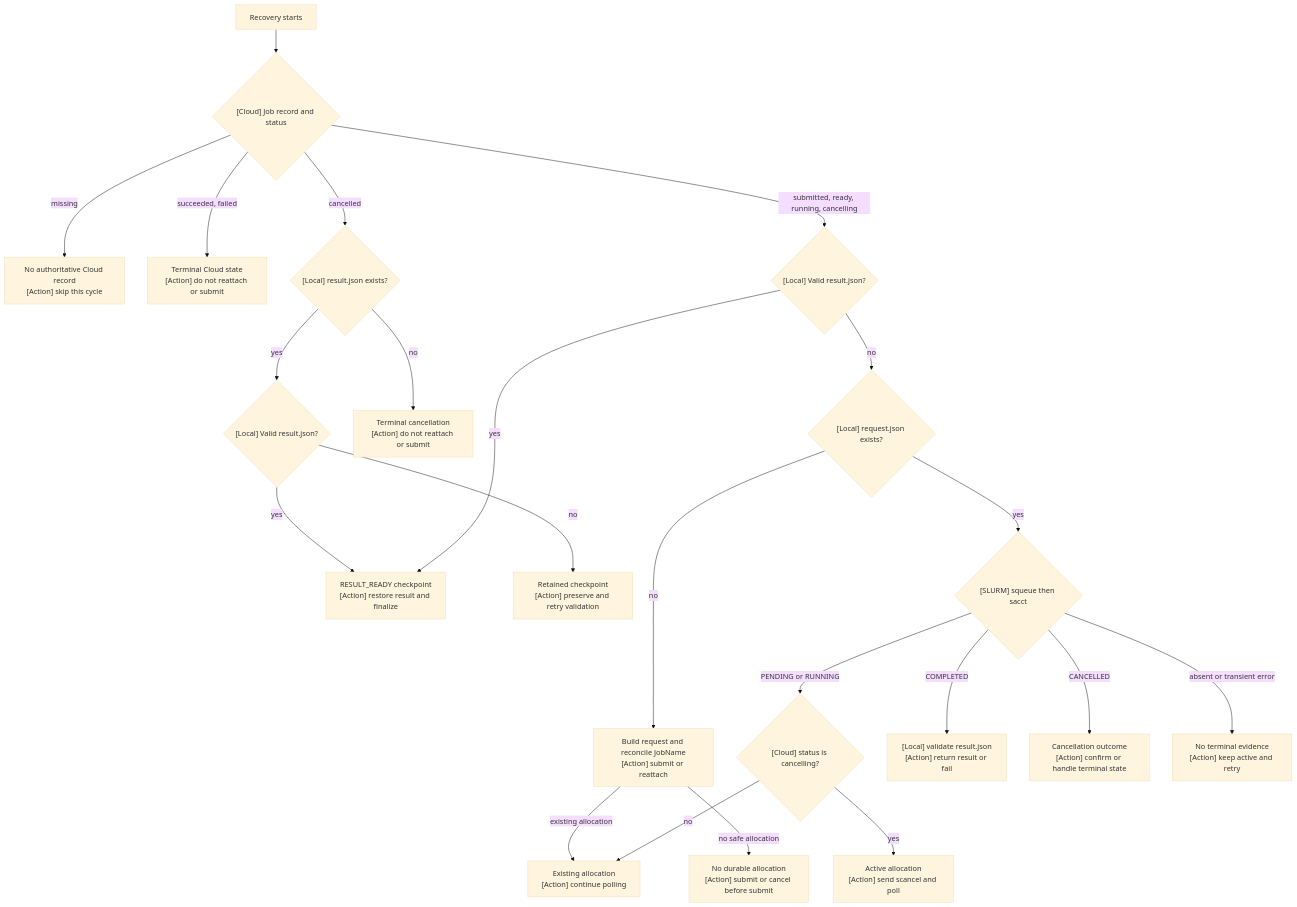
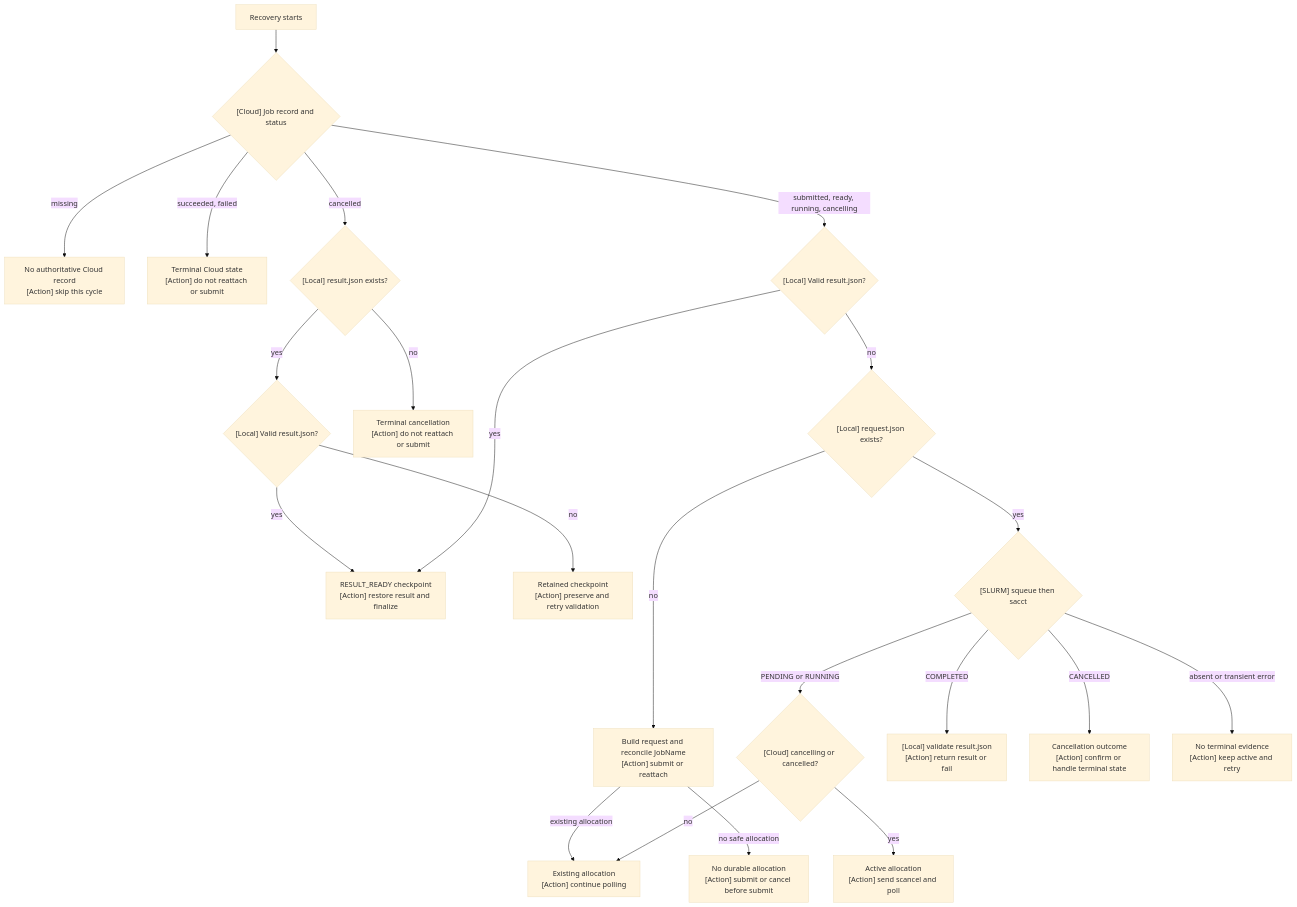
The fourth of 4 diagrams in docs/features/slurm_simulator/overview.md (oqtopus-team/oqtopus-engine), drawn with Mermaid (base theme) before and after one commit. The commit also changed other lines of this file and 4 other files, not shown here.

````diff
--- a/docs/features/slurm_simulator/overview.md
+++ b/docs/features/slurm_simulator/overview.md
@@ -472,26 +478,26 @@
 ```mermaid
 flowchart TD
   Start["Recovery starts"] --> Cloud{"[Cloud] Job record and status"}
   Cloud -->|missing| Missing["No authoritative Cloud record<br/>[Action] skip this cycle"]
   Cloud -->|succeeded, failed| Terminal["Terminal Cloud state<br/>[Action] do not reattach or submit"]
   Cloud -->|cancelled| CancelledCloud{"[Local] result.json exists?"}
   CancelledCloud -->|yes| CancelledResult{"[Local] Valid result.json?"}
   CancelledResult -->|yes| Return
   CancelledResult -->|no| InvalidResult["Retained checkpoint<br/>[Action] preserve and retry validation"]
   CancelledCloud -->|no| CancelledTerminal["Terminal cancellation<br/>[Action] do not reattach or submit"]
   Cloud -->|submitted, ready, running, cancelling| Result{"[Local] Valid result.json?"}
 
   Result -->|yes| Return["RESULT_READY checkpoint<br/>[Action] restore result and finalize"]
   Result -->|no| Request{"[Local] request.json exists?"}
   Request -->|no| Reconcile["Build request and reconcile JobName<br/>[Action] submit or reattach"]
   Reconcile -->|existing allocation| Continue["Existing allocation<br/>[Action] continue polling"]
   Reconcile -->|no safe allocation| Submit["No durable allocation<br/>[Action] submit or cancel before submit"]
 
   Request -->|yes| Slurm{"[SLURM] squeue then sacct"}
-  Slurm -->|PENDING or RUNNING| CancelCheck{"[Cloud] status is cancelling?"}
+  Slurm -->|PENDING or RUNNING| CancelCheck{"[Cloud] cancelling or cancelled?"}
   CancelCheck -->|no| Continue
   CancelCheck -->|yes| Cancel["Active allocation<br/>[Action] send scancel and poll"]
   Slurm -->|COMPLETED| Validate["[Local] validate result.json<br/>[Action] return result or fail"]
   Slurm -->|CANCELLED| Cancelled["Cancellation outcome<br/>[Action] confirm or handle terminal state"]
   Slurm -->|absent or transient error| Retry["No terminal evidence<br/>[Action] keep active and retry"]
 ```
````
